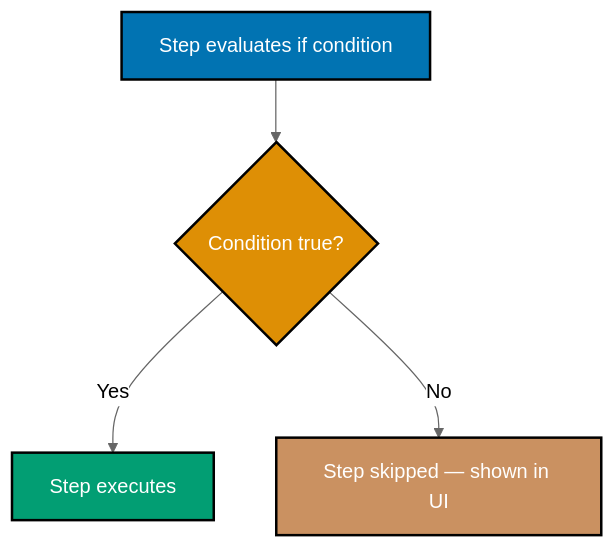
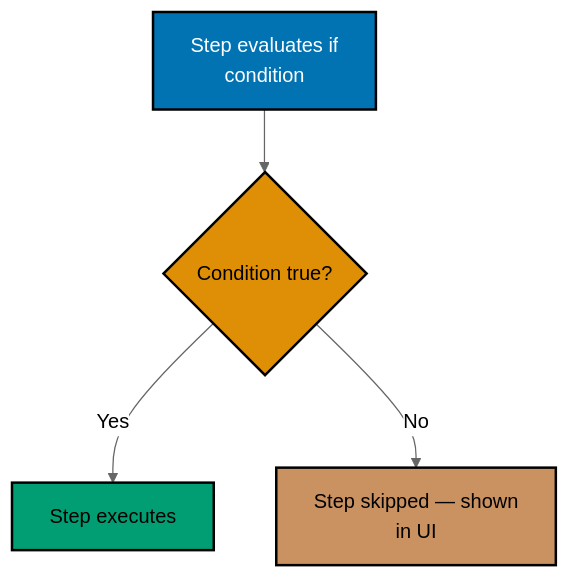
Before and after one commit to wahidyankf/ose-public: the sixth of 8 diagrams in apps/ayokoding-www/content/en/learn/legacy/software-engineering/automation-tools/github-actions/by-example/beginner.md, drawn with Mermaid (neutral theme). The commit also changed other lines of this file and 131 other files, not shown here.

First line of the commit message:
fix(mermaid): bring the legacy data, infrastructure, and testing diagrams onto the accessible palette

````diff
--- a/apps/ayokoding-www/content/en/learn/legacy/software-engineering/automation-tools/github-actions/by-example/beginner.md
+++ b/apps/ayokoding-www/content/en/learn/legacy/software-engineering/automation-tools/github-actions/by-example/beginner.md
@@ -1127,11 +1142,14 @@
 ```mermaid
 graph TD
-    A["Step evaluates if condition"]:::blue --> B{"Condition true?"}:::orange
+    accTitle: Example 22: Skipping Steps with if Conditionals
+    accDescr: Graph with 4 nodes and 3 connections. Nodes: Step evaluates if condition, Condition true?, Step executes, Step skipped — shown in UI. Connections: Step evaluates if condition to Condition true?, Condition true? to Step executes (Yes), Condition true? to Step skipped — shown in UI (No).
+    A["Step evaluates if<br/>condition"]:::blue --> B{"Condition true?"}:::orange
     B -->|Yes| C["Step executes"]:::teal
-    B -->|No| D["Step skipped — shown in UI"]:::brown
+    B -->|No| D["Step skipped — shown<br/>in UI"]:::brown
 
-    classDef blue fill:#0173B2,stroke:#000,color:#fff,stroke-width:2px
-    classDef orange fill:#DE8F05,stroke:#000,color:#fff,stroke-width:2px
-    classDef teal fill:#029E73,stroke:#000,color:#fff,stroke-width:2px
-    classDef brown fill:#CA9161,stroke:#000,color:#fff,stroke-width:2px
+    classDef blue fill:#0173B2,stroke:#000000,color:#FFFFFF,stroke-width:2px
+    classDef orange fill:#DE8F05,stroke:#000000,color:#000000,stroke-width:2px
+    classDef teal fill:#029E73,stroke:#000000,color:#000000,stroke-width:2px
+    classDef brown fill:#CA9161,stroke:#000000,color:#000000,stroke-width:2px
+    classDef default fill:#FFFFFF,stroke:#000000,color:#000000
 ```
````
